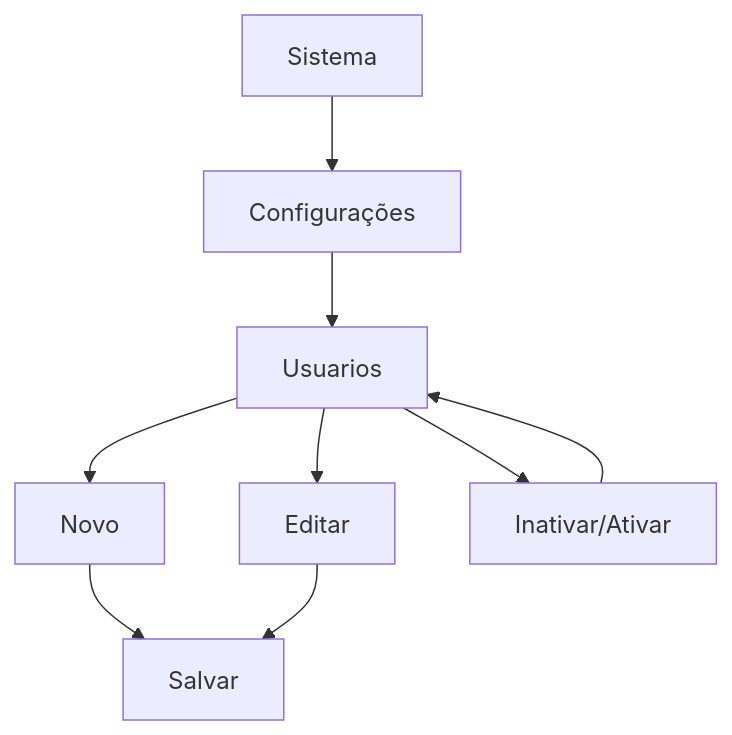
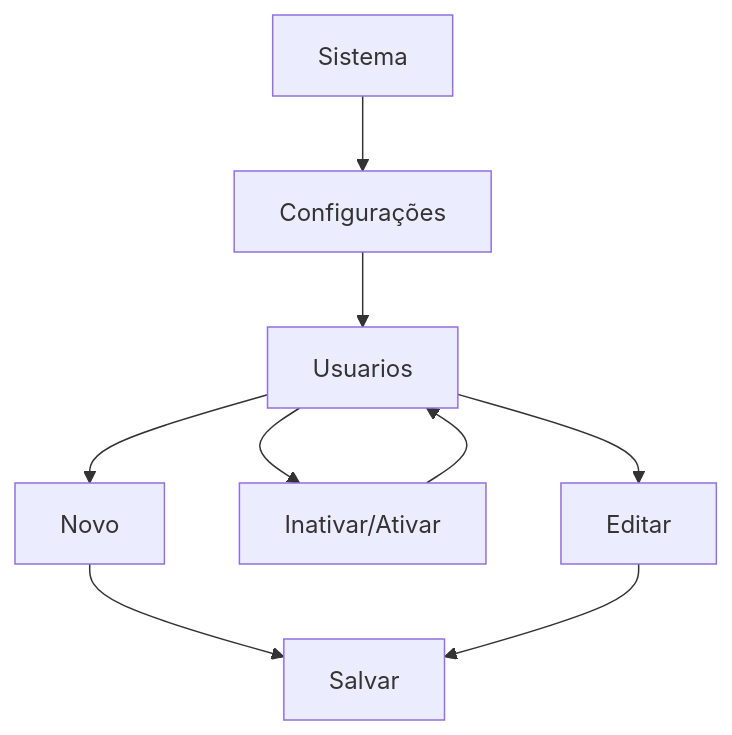
The fourth of 6 diagrams in README.md (ronye011/Projeto-DevEvolution), drawn with Mermaid before and after one commit. The commit also changed other lines of this file, not shown here.

````diff
--- a/README.md
+++ b/README.md
@@ -125,11 +125,11 @@
 ```mermaid
 graph TD;
     Sistema--> Configurações;
     Configurações --> Usuarios;
     Usuarios --> Novo;
+    Usuarios --> Inativar/Ativar;
+    Inativar/Ativar --> Usuarios;
     Usuarios --> Editar;
-    Usuarios --> Inativar/Ativar;
     Novo --> Salvar;
     Editar --> Salvar;
-    Inativar/Ativar --> Usuarios;
 ```
````
